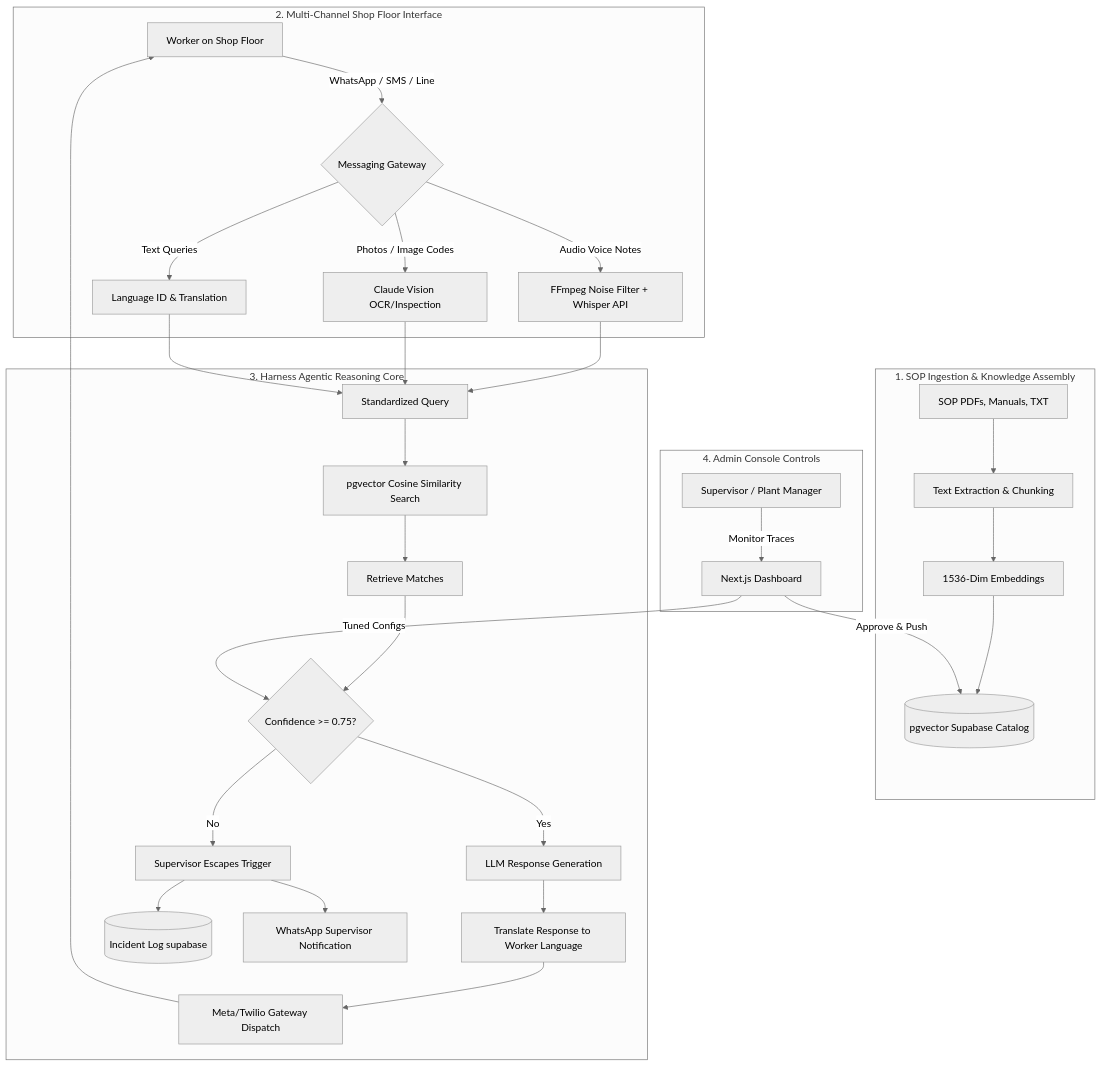
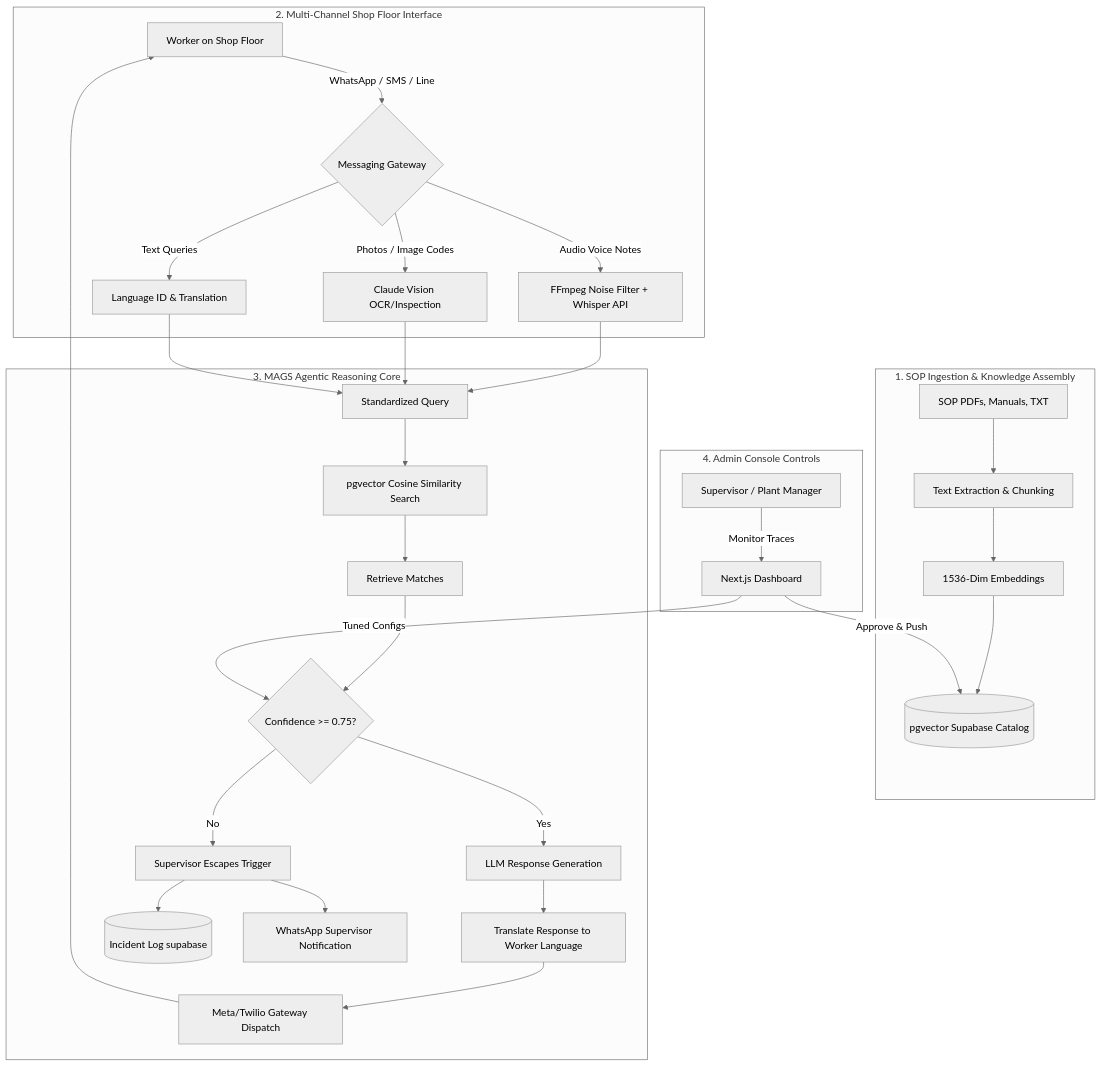
Before and after one commit to ashutoshpandey18/Harness: the diagram in README.md, drawn with Mermaid (neutral theme). The commit also changed other lines of this file and 26 other files, not shown here.

Commit message:
feat: rebrand platform to MAGS.ai and add frontline AI agent features

````diff
--- a/README.md
+++ b/README.md
@@ -11,45 +11,45 @@
 ```mermaid
 graph TD
     %% Ingestion Pipeline
     subgraph Ingestion ["1. SOP Ingestion & Knowledge Assembly"]
         Docs[SOP PDFs, Manuals, TXT] --> Parser[Text Extraction & Chunking]
         Parser --> Embedder[1536-Dim Embeddings]
         Embedder --> VectorDB[(pgvector Supabase Catalog)]
     end
 
     %% Worker/Interaction Flow
     subgraph Client ["2. Multi-Channel Shop Floor Interface"]
         Worker[Worker on Shop Floor] -->|WhatsApp / SMS / Line| ChannelGateway{Messaging Gateway}
         ChannelGateway -->|Audio Voice Notes| Whisper[FFmpeg Noise Filter + Whisper API]
         ChannelGateway -->|Photos / Image Codes| Vision[Claude Vision OCR/Inspection]
         ChannelGateway -->|Text Queries| NLU[Language ID & Translation]
     end
 
     %% Agentic Reasoning Loop
-    subgraph AgentCore ["3. Harness Agentic Reasoning Core"]
+    subgraph AgentCore ["3. MAGS Agentic Reasoning Core"]
         Whisper --> QueryText[Standardized Query]
         Vision --> QueryText
         NLU --> QueryText
         QueryText --> SearchRAG[pgvector Cosine Similarity Search]
         SearchRAG --> Retrieve[Retrieve Matches]
         Retrieve --> ConfidenceCheck{Confidence >= 0.75?}
         
         %% Auto Response Path
         ConfidenceCheck -->|Yes| LLM[LLM Response Generation]
         LLM --> Translation[Translate Response to Worker Language]
         Translation --> Dispatch[Meta/Twilio Gateway Dispatch]
         Dispatch --> Worker
         
         %% Escalation Path
         ConfidenceCheck -->|No| Escalator[Supervisor Escapes Trigger]
         Escalator --> LogDB[(Incident Log supabase)]
         Escalator --> Alert[WhatsApp Supervisor Notification]
     end
 
     %% Console
     subgraph AdminConsole ["4. Admin Console Controls"]
         Admin[Supervisor / Plant Manager] -->|Monitor Traces| WebUI[Next.js Dashboard]
         WebUI -->|Tuned Configs| ConfidenceCheck
         WebUI -->|Approve & Push| VectorDB
     end
 ```
````
